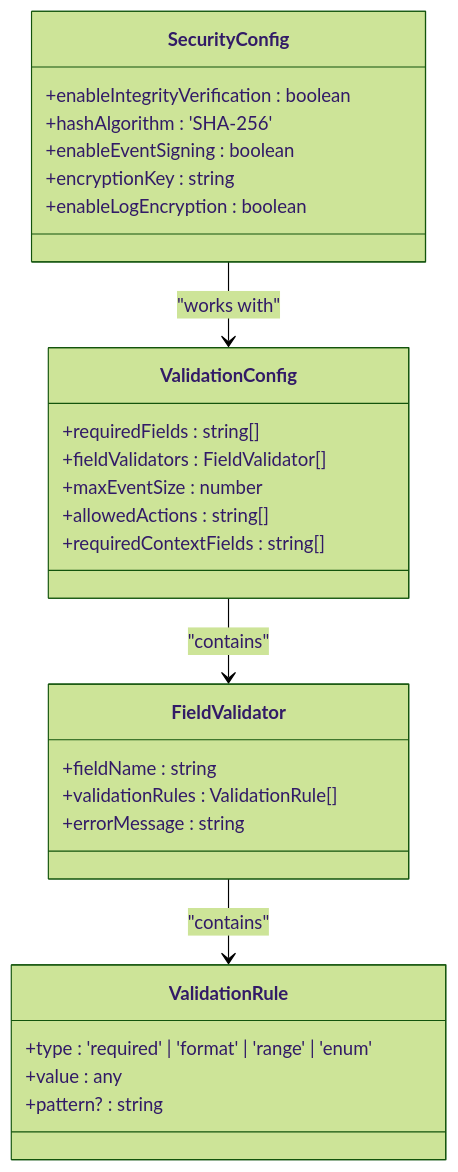
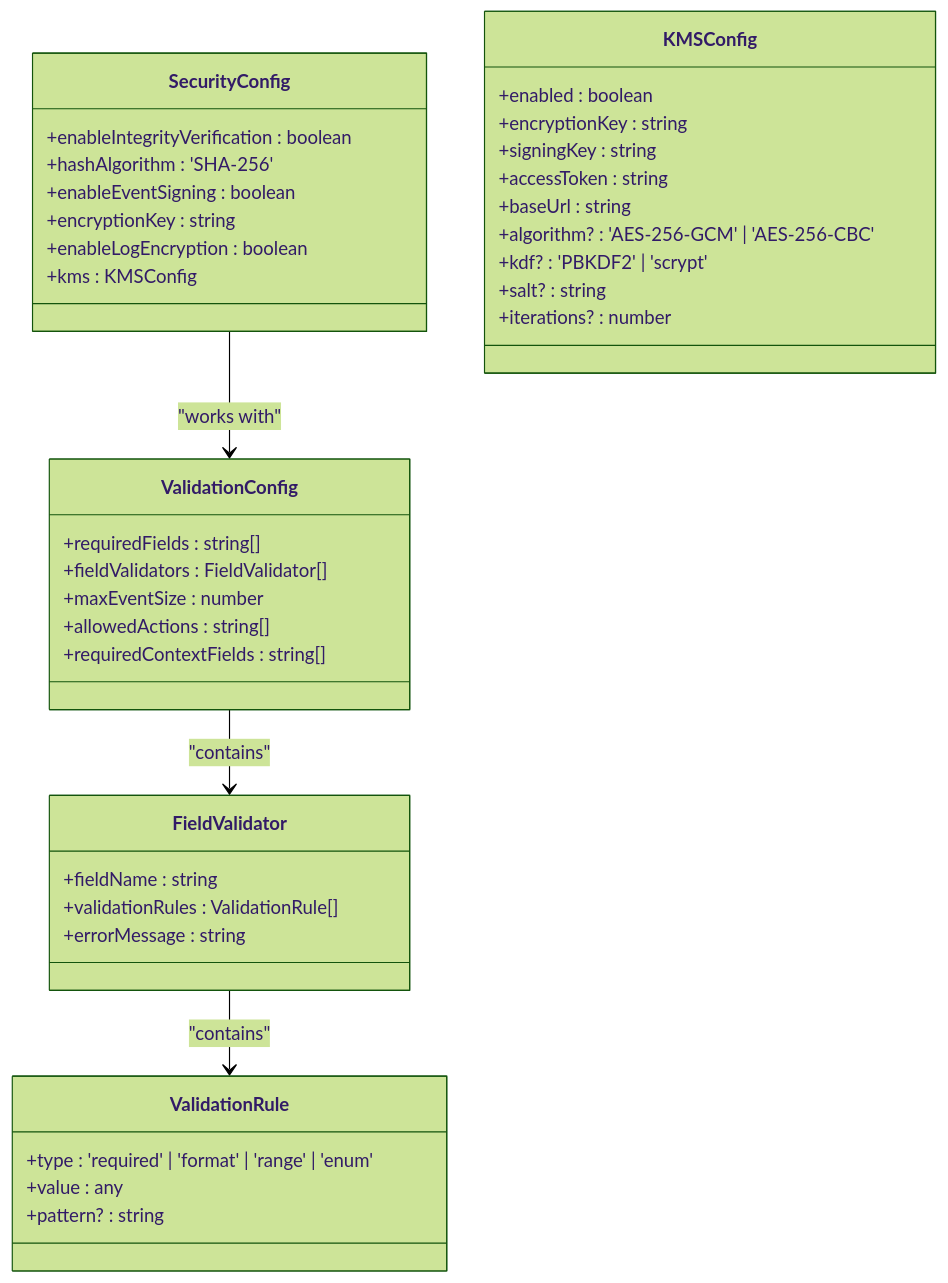
One commit to smedrec/smart-logs changed the seventh of 13 diagrams in .qoder/repowiki/en/content/Audit Core System/Configuration Management/Configuration Schema and Types.md. Above: the diagram before and after it, drawn with Mermaid (forest theme). The commit also changed other lines of this file and 21 other files, not shown here.

First line of the commit message:
feat(core): add OTLP exporter and KMS encryption support to audit core system

````diff
--- a/.qoder/repowiki/en/content/Audit Core System/Configuration Management/Configuration Schema and Types.md
+++ b/.qoder/repowiki/en/content/Audit Core System/Configuration Management/Configuration Schema and Types.md
@@ -343,30 +347,42 @@
 ```mermaid
 classDiagram
 class SecurityConfig {
 +enableIntegrityVerification : boolean
 +hashAlgorithm : 'SHA-256'
 +enableEventSigning : boolean
 +encryptionKey : string
 +enableLogEncryption : boolean
++kms : KMSConfig
+}
+class KMSConfig {
++enabled : boolean
++encryptionKey : string
++signingKey : string
++accessToken : string
++baseUrl : string
++algorithm? : 'AES-256-GCM' | 'AES-256-CBC'
++kdf? : 'PBKDF2' | 'scrypt'
++salt? : string
++iterations? : number
 }
 class ValidationConfig {
 +requiredFields : string[]
 +fieldValidators : FieldValidator[]
 +maxEventSize : number
 +allowedActions : string[]
 +requiredContextFields : string[]
 }
 class FieldValidator {
 +fieldName : string
 +validationRules : ValidationRule[]
 +errorMessage : string
 }
 class ValidationRule {
 +type : 'required' | 'format' | 'range' | 'enum'
 +value : any
 +pattern? : string
 }
 SecurityConfig --> ValidationConfig : "works with"
 ValidationConfig --> FieldValidator : "contains"
 FieldValidator --> ValidationRule : "contains"
 ```
````
